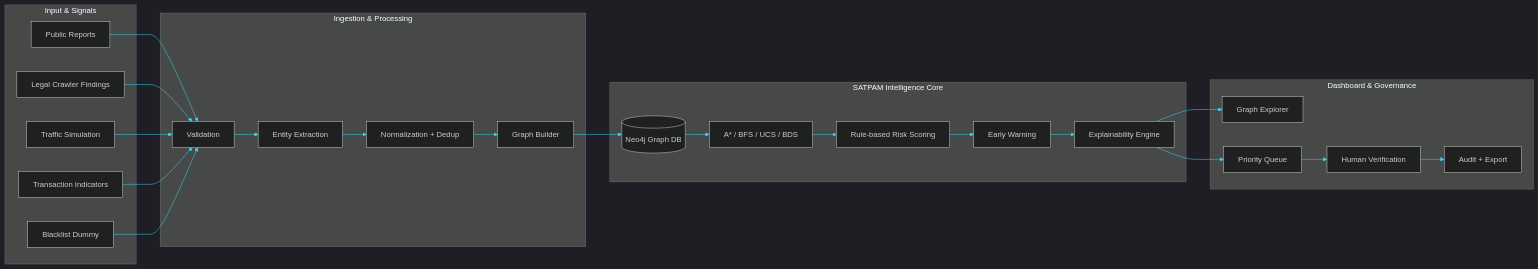
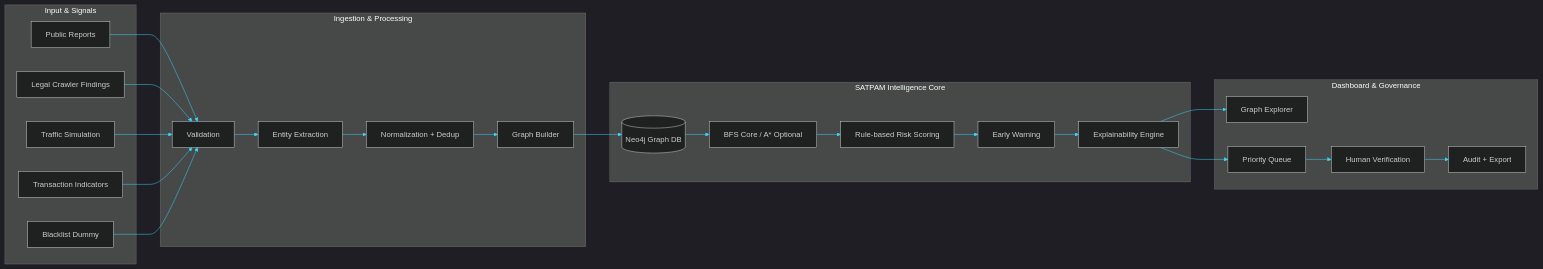
One commit to Subject-2407/satpam changed the diagram in visuals/system_architecture.mmd. Above: the diagram before and after it, drawn with Mermaid. The commit also changed 7 other files, not shown here.

```diff
--- a/visuals/system_architecture.mmd
+++ b/visuals/system_architecture.mmd
@@ -1,38 +1,38 @@
 %%{init: {'theme':'dark','themeVariables': {'background':'#06142B','primaryColor':'#0B2547','primaryTextColor':'#EAF6FF','primaryBorderColor':'#38D9FF','lineColor':'#38D9FF','secondaryColor':'#0D315D','tertiaryColor':'#102E55','fontFamily':'Aptos'}}}%%
 flowchart LR
   subgraph Input["Input & Signals"]
     A[Public Reports]
     B[Legal Crawler Findings]
     C[Traffic Simulation]
     D[Transaction Indicators]
     E[Blacklist Dummy]
   end
   subgraph Processing["Ingestion & Processing"]
     F[Validation]
     G[Entity Extraction]
     H[Normalization + Dedup]
     I[Graph Builder]
   end
   subgraph Intelligence["SATPAM Intelligence Core"]
     J[(Neo4j Graph DB)]
-    K[A* / BFS / UCS / BDS]
+    K[BFS Core / A* Optional]
     L[Rule-based Risk Scoring]
     M[Early Warning]
     N[Explainability Engine]
   end
   subgraph Output["Dashboard & Governance"]
     O[Graph Explorer]
     P[Priority Queue]
     Q[Human Verification]
     R[Audit + Export]
   end
   A --> F
   B --> F
   C --> F
   D --> F
   E --> F
   F --> G --> H --> I --> J
   J --> K --> L --> M --> N
   N --> O
   N --> P
   P --> Q --> R
```
